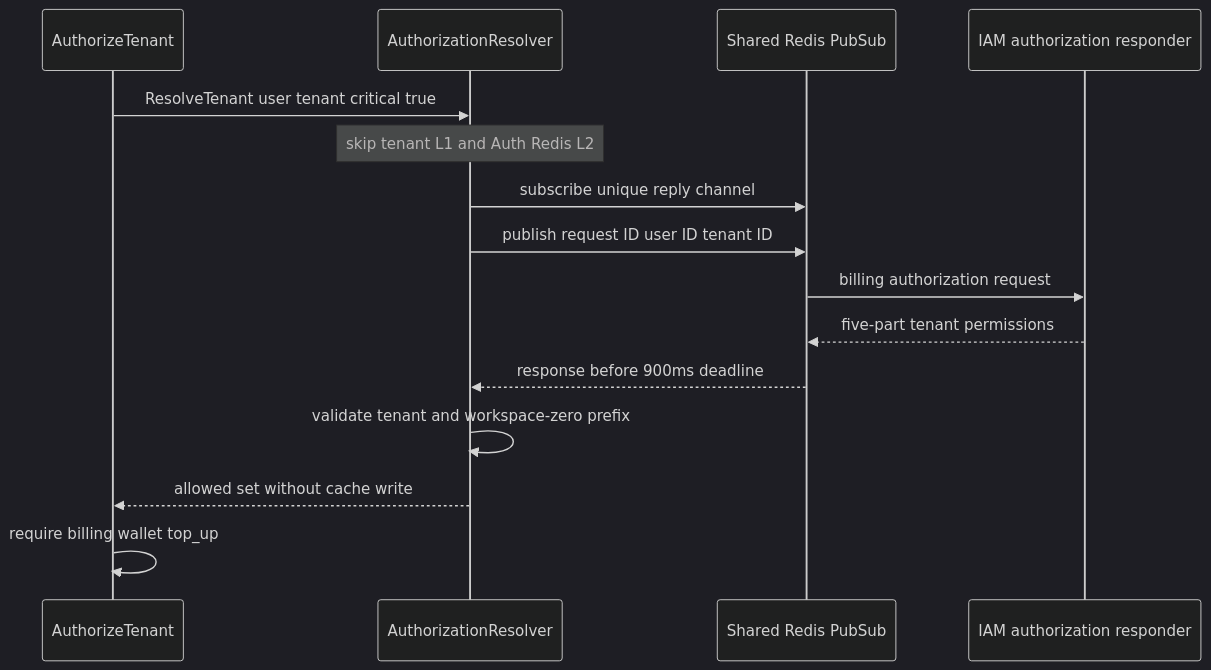
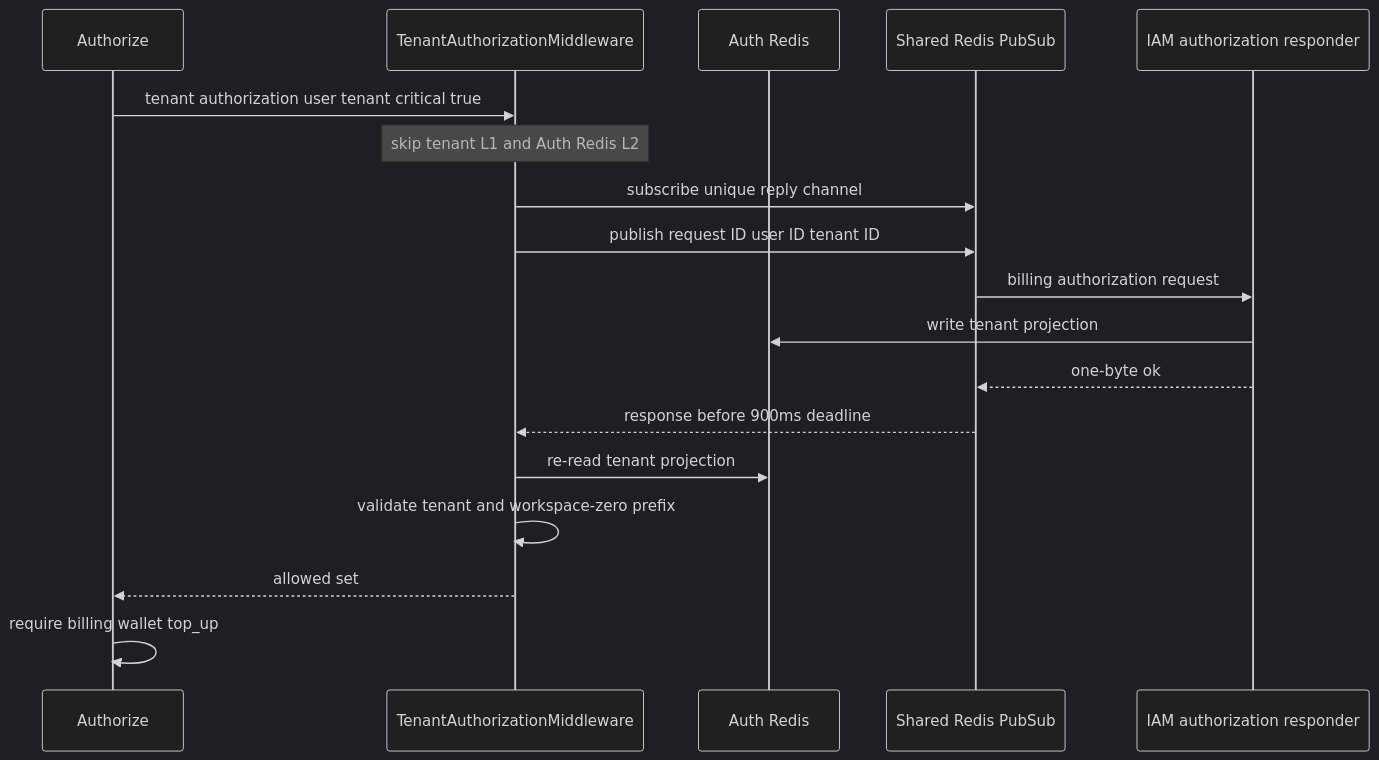
Before and after one commit to phucle996/aurora: the second of 3 diagrams in god_view/billing/billing_tenant_topup_create_god_view.md, drawn with Mermaid (dark theme). The commit also changed other lines of this file and 22 other files, not shown here.

````diff
--- a/god_view/billing/billing_tenant_topup_create_god_view.md
+++ b/god_view/billing/billing_tenant_topup_create_god_view.md
@@ -98,17 +98,20 @@
 ```mermaid
 sequenceDiagram
-    participant M as AuthorizeTenant
-    participant AR as AuthorizationResolver
+    participant M as Authorize
+    participant AR as TenantAuthorizationMiddleware
+    participant L2 as Auth Redis
     participant SR as Shared Redis PubSub
     participant IAM as IAM authorization responder
-    M->>AR: ResolveTenant user tenant critical true
+    M->>AR: tenant authorization user tenant critical true
     Note over AR: skip tenant L1 and Auth Redis L2
     AR->>SR: subscribe unique reply channel
     AR->>SR: publish request ID user ID tenant ID
     SR->>IAM: billing authorization request
-    IAM-->>SR: five-part tenant permissions
+    IAM->>L2: write tenant projection
+    IAM-->>SR: one-byte ok
     SR-->>AR: response before 900ms deadline
+    AR->>L2: re-read tenant projection
     AR->>AR: validate tenant and workspace-zero prefix
-    AR-->>M: allowed set without cache write
+    AR-->>M: allowed set
     M->>M: require billing wallet top_up
 ```
````
